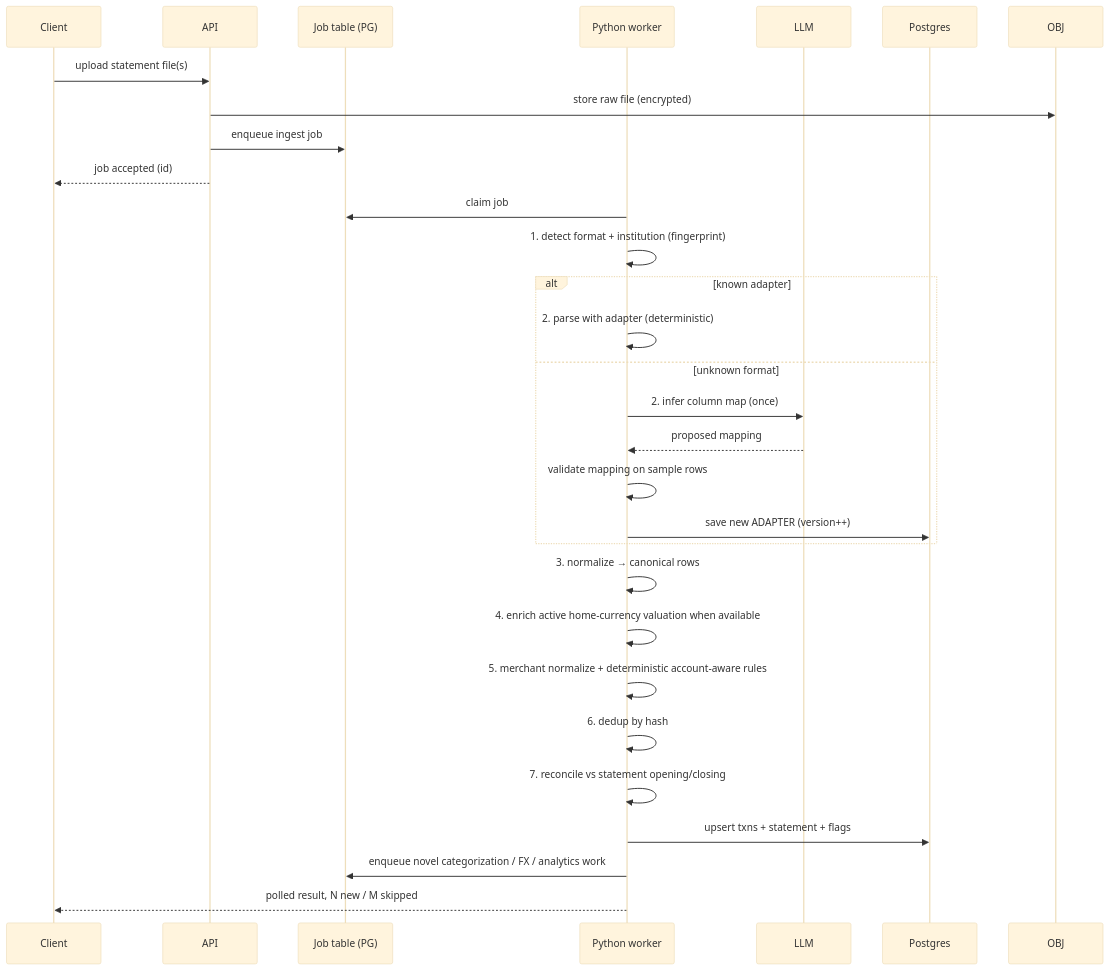
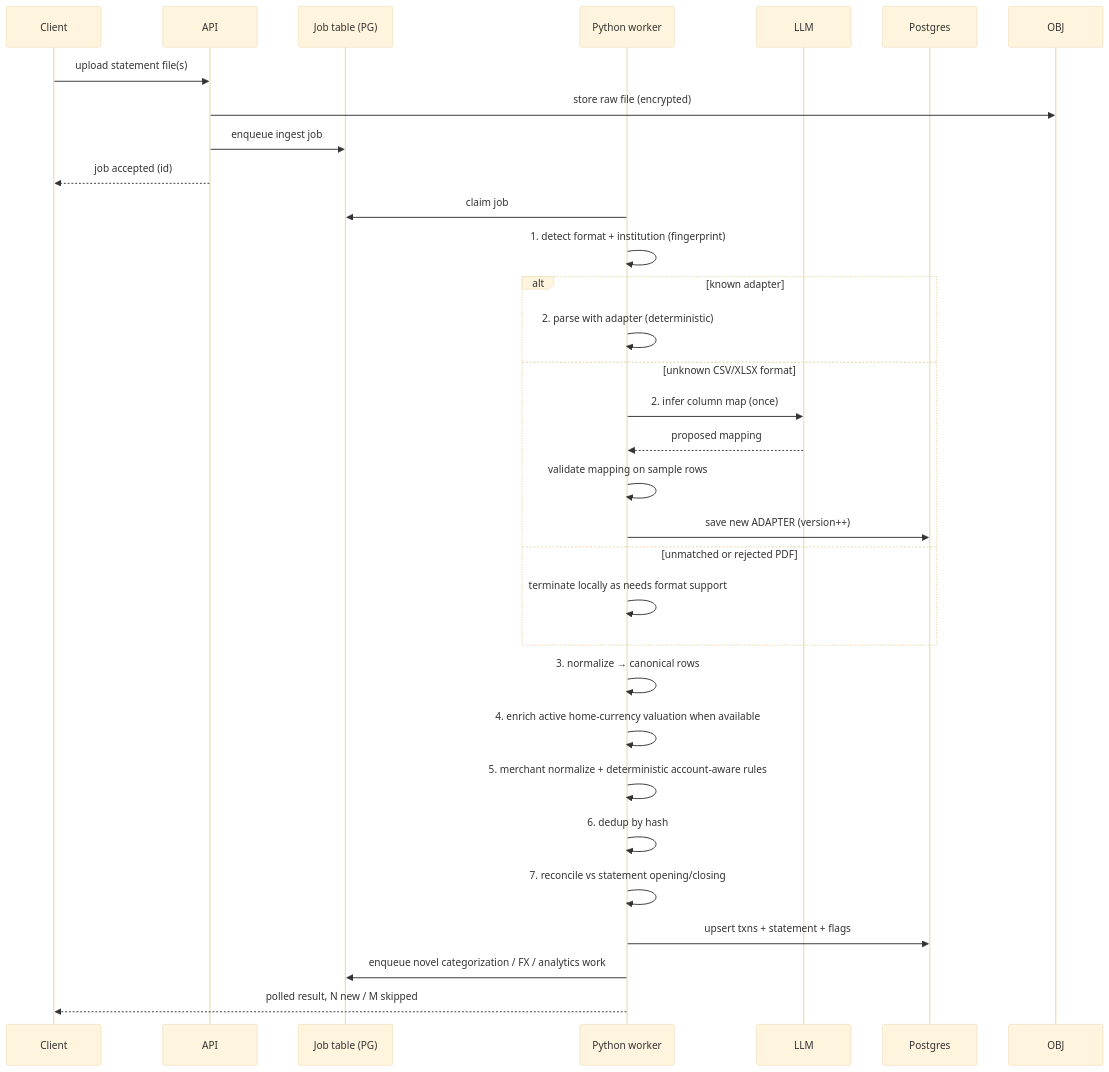
One commit to Shady-C/ledger changed the third of 5 diagrams in docs/ARCHITECTURE.md. Above: the diagram before and after it, drawn with Mermaid (base theme). The commit also changed other lines of this file and 5 other files, not shown here.

````diff
--- a/docs/ARCHITECTURE.md
+++ b/docs/ARCHITECTURE.md
@@ -390,32 +392,34 @@
 ```mermaid
 sequenceDiagram
     participant U as Client
     participant API as API
     participant Q as Job table (PG)
     participant W as Python worker
     participant AI as LLM
     participant DB as Postgres
 
     U->>API: upload statement file(s)
     API->>OBJ: store raw file (encrypted)
     API->>Q: enqueue ingest job
     API-->>U: job accepted (id)
     W->>Q: claim job
     W->>W: 1. detect format + institution (fingerprint)
     alt known adapter
         W->>W: 2. parse with adapter (deterministic)
-    else unknown format
+    else unknown CSV/XLSX format
         W->>AI: 2. infer column map (once)
         AI-->>W: proposed mapping
         W->>W: validate mapping on sample rows
         W->>DB: save new ADAPTER (version++)
+    else unmatched or rejected PDF
+        W->>W: terminate locally as needs format support
     end
     W->>W: 3. normalize → canonical rows
     W->>W: 4. enrich active home-currency valuation when available
     W->>W: 5. merchant normalize + deterministic account-aware rules
     W->>W: 6. dedup by hash
     W->>W: 7. reconcile vs statement opening/closing
     W->>DB: upsert txns + statement + flags
     W->>Q: enqueue novel categorization / FX / analytics work
     W-->>U: polled result, N new / M skipped
 ```
````
